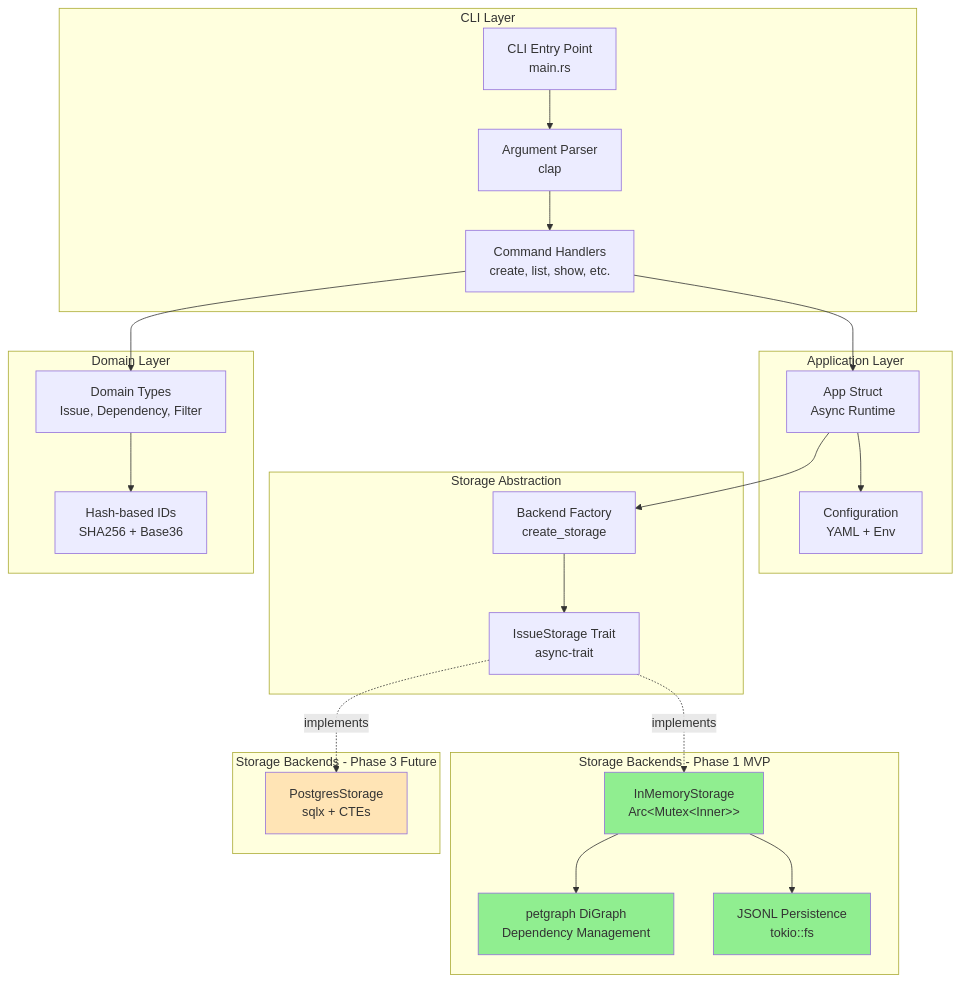
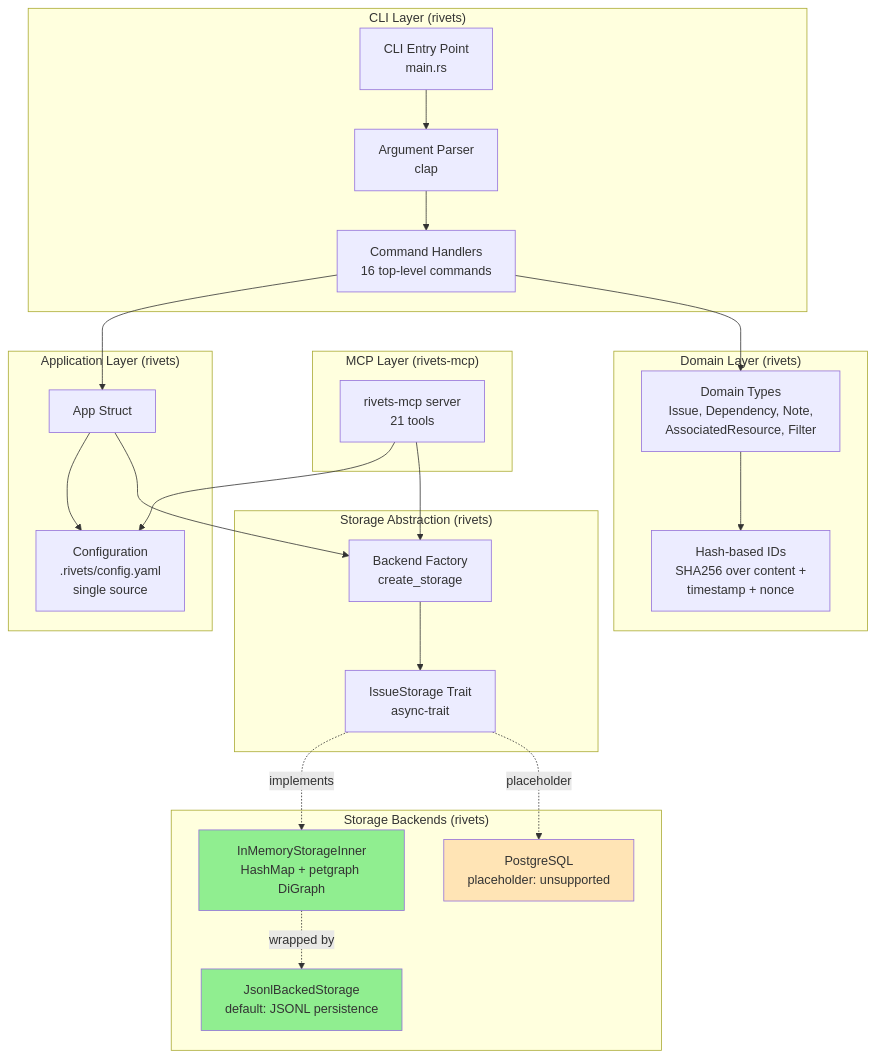
One commit to dwalleck/rivets changed the first of 7 diagrams in docs/architecture.md. Above: the diagram before and after it, drawn with Mermaid. The commit also changed other lines of this file and 4 other files, not shown here.

````diff
--- a/docs/architecture.md
+++ b/docs/architecture.md
@@ -21,50 +25,50 @@
 ```mermaid
 graph TB
-    subgraph "CLI Layer"
+    subgraph "CLI Layer (rivets)"
         CLI[CLI Entry Point<br/>main.rs]
         Args[Argument Parser<br/>clap]
-        Commands[Command Handlers<br/>create, list, show, etc.]
+        Commands[Command Handlers<br/>16 top-level commands]
     end
 
-    subgraph "Application Layer"
-        App[App Struct<br/>Async Runtime]
-        Config[Configuration<br/>YAML + Env]
+    subgraph "MCP Layer (rivets-mcp)"
+        Mcp[rivets-mcp server<br/>21 tools]
     end
 
-    subgraph "Storage Abstraction"
+    subgraph "Application Layer (rivets)"
+        App[App Struct]
+        Config[Configuration<br/>.rivets/config.yaml<br/>single source]
+    end
+
+    subgraph "Storage Abstraction (rivets)"
         Trait[IssueStorage Trait<br/>async-trait]
         Factory[Backend Factory<br/>create_storage]
     end
 
-    subgraph "Domain Layer"
-        Types[Domain Types<br/>Issue, Dependency, Filter]
-        IDs[Hash-based IDs<br/>SHA256 + Base36]
+    subgraph "Domain Layer (rivets)"
+        Types[Domain Types<br/>Issue, Dependency, Note,<br/>AssociatedResource, Filter]
+        IDs[Hash-based IDs<br/>SHA256 over content +<br/>timestamp + nonce]
     end
 
-    subgraph "Storage Backends - Phase 1 MVP"
-        Memory[InMemoryStorage<br/>Arc&lt;Mutex&lt;Inner&gt;&gt;]
-        Graph[petgraph DiGraph<br/>Dependency Management]
-        JSONL[JSONL Persistence<br/>tokio::fs]
-    end
-
-    subgraph "Storage Backends - Phase 3 Future"
-        Postgres[PostgresStorage<br/>sqlx + CTEs]
+    subgraph "Storage Backends (rivets)"
+        Memory[InMemoryStorageInner<br/>HashMap + petgraph DiGraph]
+        Jsonl[JsonlBackedStorage<br/>default: JSONL persistence]
+        Postgres[PostgreSQL<br/>placeholder: unsupported]
     end
 
     CLI --> Args --> Commands
     Commands --> App
     App --> Config
     App --> Factory
+    Mcp --> Config
+    Mcp --> Factory
     Factory --> Trait
     Trait -.implements.-> Memory
-    Trait -.implements.-> Postgres
-    Memory --> Graph
-    Memory --> JSONL
+    Memory -.wrapped by.-> Jsonl
+    Trait -.placeholder.-> Postgres
     Commands --> Types
     Types --> IDs
 
+    style Jsonl fill:#90EE90
     style Memory fill:#90EE90
-    style Graph fill:#90EE90
-    style JSONL fill:#90EE90
     style Postgres fill:#FFE4B5
 ```
````
